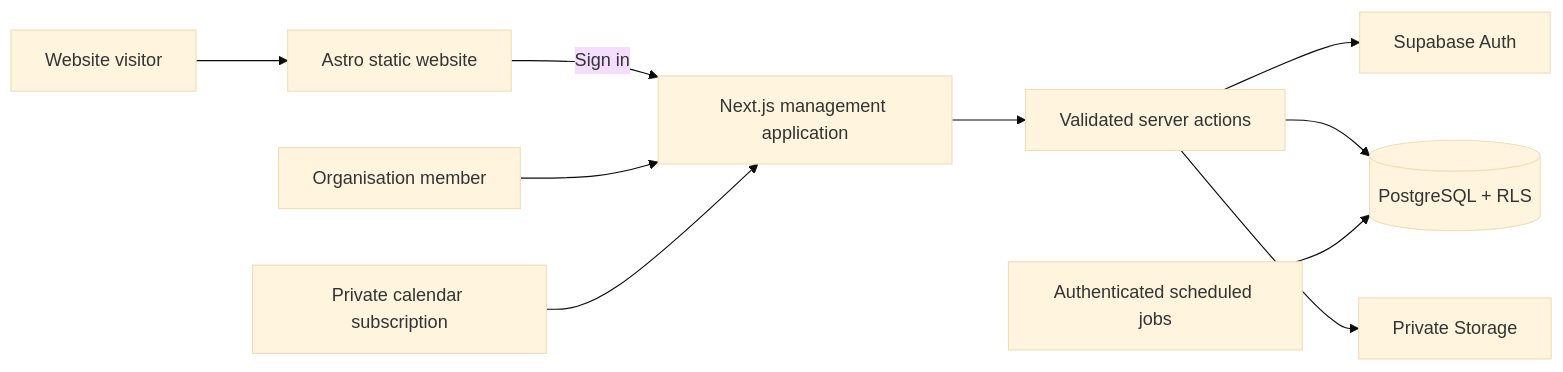
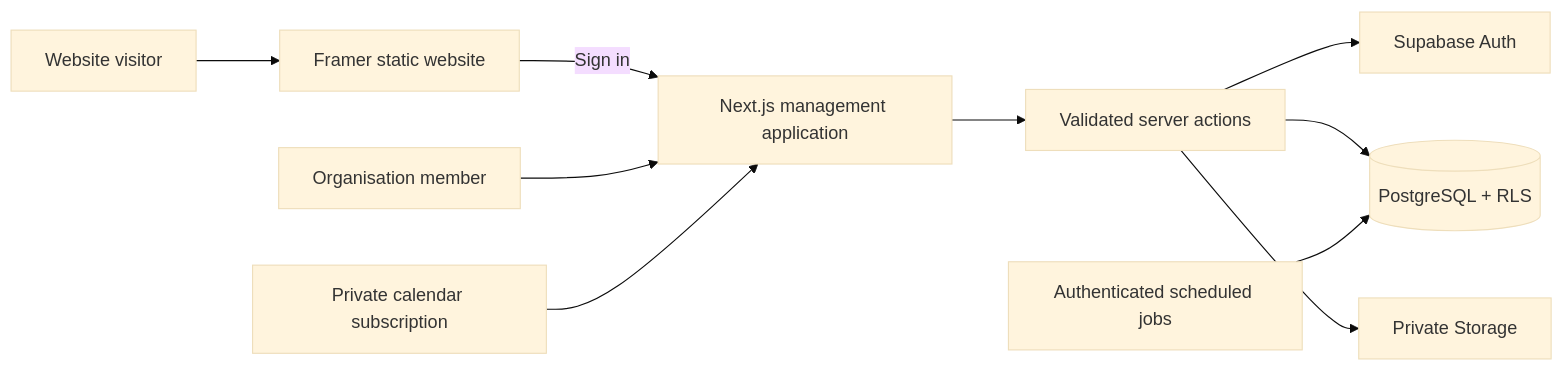
Before and after one commit to joshuakhalili/roomly: the diagram in README.md, drawn with Mermaid (base theme). The commit also changed other lines of this file and 14 other files, not shown here.

````diff
--- a/README.md
+++ b/README.md
@@ -118,12 +118,12 @@
 ```mermaid
 flowchart LR
-  Visitor[Website visitor] --> Site[Astro static website]
+  Visitor[Website visitor] --> Site[Framer static website]
   Site -->|Sign in| App[Next.js management application]
   Staff[Organisation member] --> App
   App --> Actions[Validated server actions]
   Actions --> Auth[Supabase Auth]
   Actions --> DB[(PostgreSQL + RLS)]
   Actions --> Files[Private Storage]
   Cron[Authenticated scheduled jobs] --> DB
   Calendar[Private calendar subscription] --> App
 ```
````
